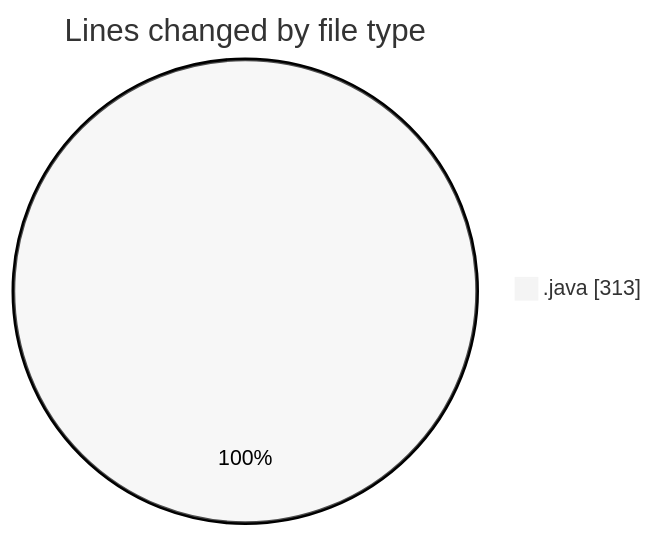
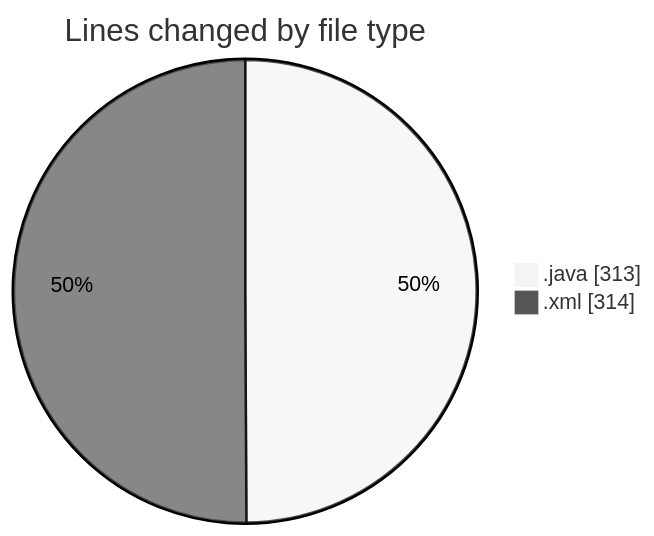
Before and after one commit to charlie-sans/code-tracking: the first of 2 diagrams in 2025-02-26/micros/README.md, drawn with Mermaid (neutral theme). The commit also changed other lines of this file and 1 other file, not shown here.

````diff
--- a/2025-02-26/micros/README.md
+++ b/2025-02-26/micros/README.md
@@ -20,5 +21,6 @@
 ```mermaid
 pie showData
 title Lines changed by file type
 ".java" : 313
+".xml" : 314
 ```
````
